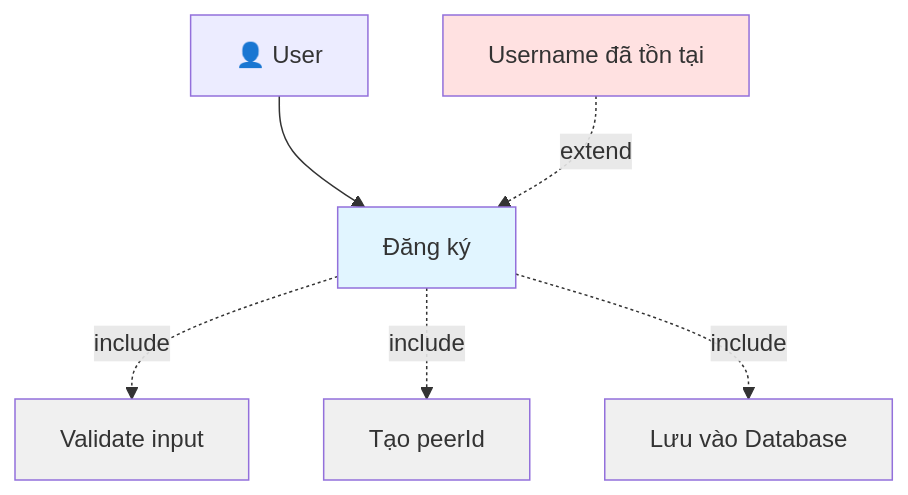
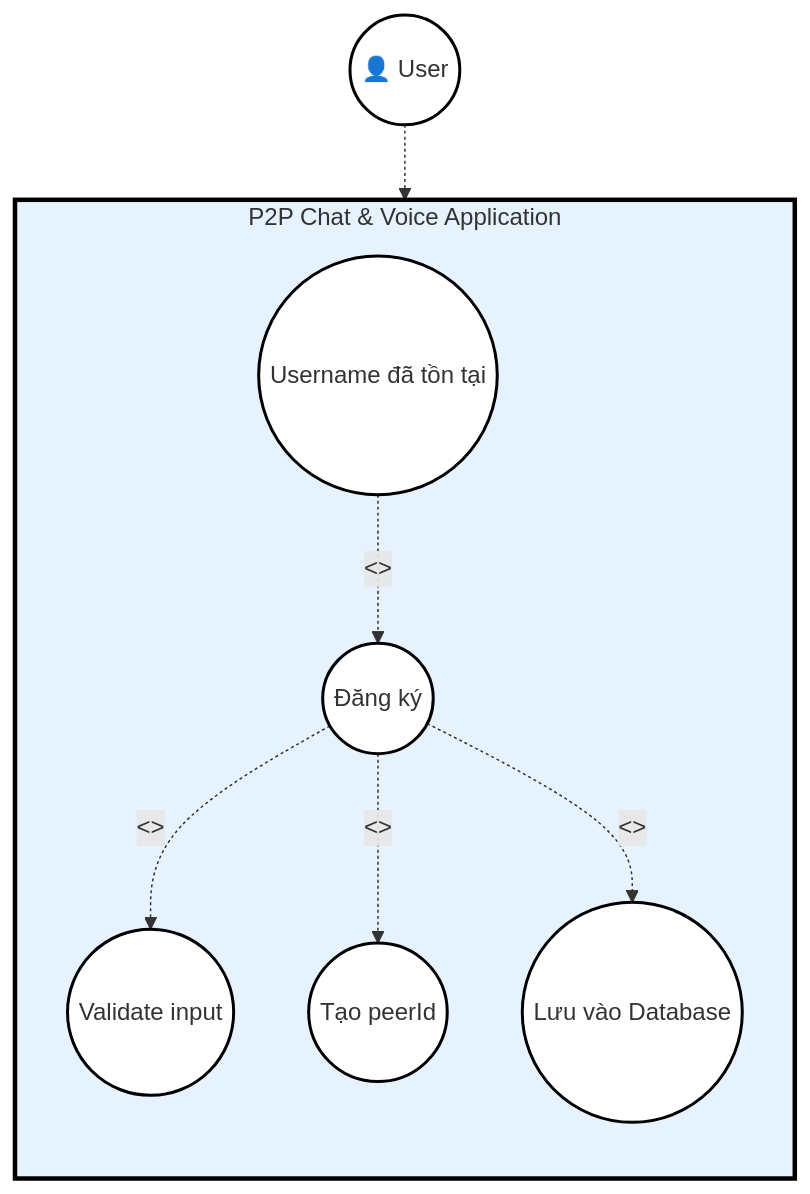
Before and after one commit to AnBinh05/peer_chat: the second of 13 diagrams in USE_CASE_DIAGRAM.md, drawn with Mermaid.

````diff
--- a/USE_CASE_DIAGRAM.md
+++ b/USE_CASE_DIAGRAM.md
@@ -64,22 +64,27 @@
 ```mermaid
 graph TB
-    User[👤 User]
+    User((👤 User))
     
-    UC1[Đăng ký]
-    Ext1[Username đã tồn tại]
-    Inc1[Validate input]
-    Inc2[Tạo peerId]
-    Inc3[Lưu vào Database]
+    subgraph System["P2P Chat & Voice Application"]
+        direction TB
+        UC1((Đăng ký))
+        Ext1((Username đã tồn tại))
+        Inc1((Validate input))
+        Inc2((Tạo peerId))
+        Inc3((Lưu vào Database))
+    end
     
-    User --> UC1
-    UC1 -.include.-> Inc1
-    UC1 -.include.-> Inc2
-    UC1 -.include.-> Inc3
-    Ext1 -.extend.-> UC1
+    User -.-> UC1
+    UC1 -.->|<<include>>| Inc1
+    UC1 -.->|<<include>>| Inc2
+    UC1 -.->|<<include>>| Inc3
+    Ext1 -.->|<<extend>>| UC1
     
-    style UC1 fill:#E1F5FF
-    style Ext1 fill:#FFE1E1
-    style Inc1 fill:#F0F0F0
-    style Inc2 fill:#F0F0F0
-    style Inc3 fill:#F0F0F0
+    style User fill:#FFFFFF,stroke:#000000,stroke-width:2px
+    style UC1 fill:#FFFFFF,stroke:#000000,stroke-width:2px
+    style Ext1 fill:#FFFFFF,stroke:#000000,stroke-width:2px
+    style Inc1 fill:#FFFFFF,stroke:#000000,stroke-width:2px
+    style Inc2 fill:#FFFFFF,stroke:#000000,stroke-width:2px
+    style Inc3 fill:#FFFFFF,stroke:#000000,stroke-width:2px
+    style System fill:#E6F3FF,stroke:#000000,stroke-width:3px
 ```
````
